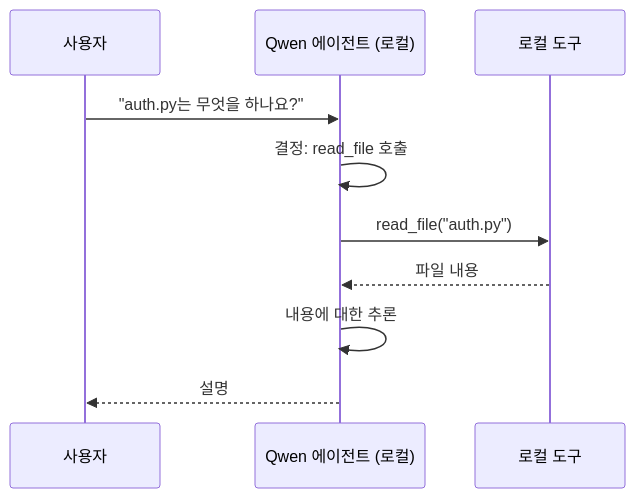
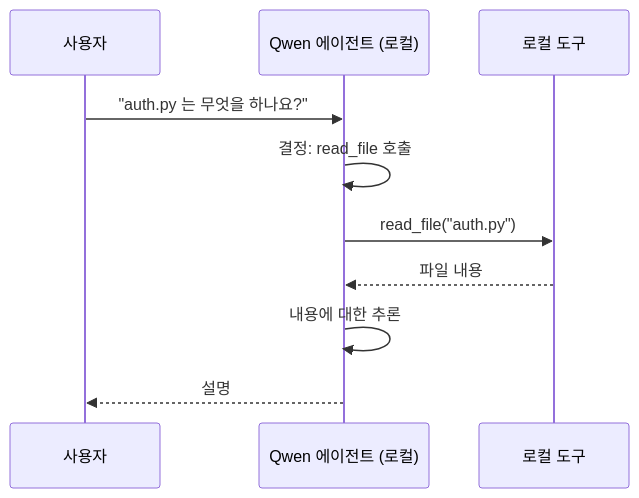
Before and after one commit to gabrielmoreira/agent-skills-mirror: the second of 4 diagrams in mirrors/repos/microsoft@ai-agents-for-beginners/translations/ko/17-creating-local-ai-agents/README.md, drawn with Mermaid. The commit also changed other lines of this file and 4262 other files, not shown here.

````diff
--- a/mirrors/repos/microsoft@ai-agents-for-beginners/translations/ko/17-creating-local-ai-agents/README.md
+++ b/mirrors/repos/microsoft@ai-agents-for-beginners/translations/ko/17-creating-local-ai-agents/README.md
@@ -106,12 +106,12 @@
 ```mermaid
 sequenceDiagram
     participant U as 사용자
     participant A as Qwen 에이전트 (로컬)
     participant T as 로컬 도구
-    U->>A: "auth.py는 무엇을 하나요?"
+    U->>A: "auth.py 는 무엇을 하나요?"
     A->>A: 결정: read_file 호출
     A->>T: read_file("auth.py")
     T-->>A: 파일 내용
     A->>A: 내용에 대한 추론
     A-->>U: 설명
 ```
````
